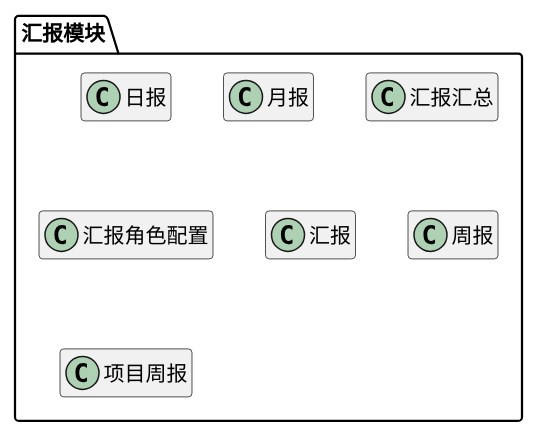
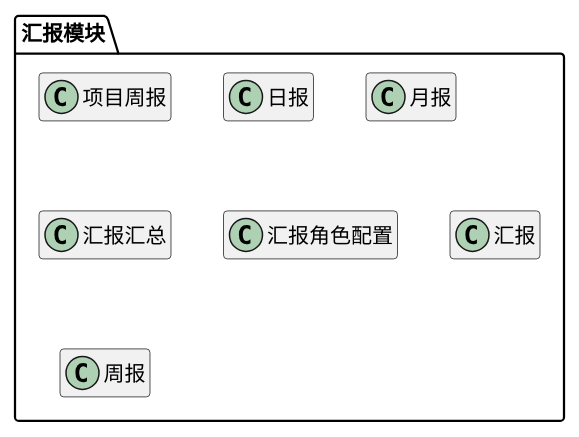
One commit to zj335841911/nt_chandao changed the fifth of 8 diagrams in ibizpms-docs/src/main/doc/v1/module/module_index.md. Above: the diagram before and after it, drawn with PlantUML. The commit also changed other lines of this file and 87 other files, not shown here.

```diff
--- a/ibizpms-docs/src/main/doc/v1/module/module_index.md
+++ b/ibizpms-docs/src/main/doc/v1/module/module_index.md
@@ -727,32 +727,32 @@
 {% plantuml %}
 
 package 汇报模块 {
+
+class 项目周报 {
+}
 
 class 日报 {
 }
 
 class 月报 {
 }
 
 class 汇报汇总 {
 }
 
 class 汇报角色配置 {
 }
 
 class 汇报 {
 }
 
 class 周报 {
 }
 
-class 项目周报 {
-}
-
 
 
 }
 
 hide members
 
 {% endplantuml %}
```
